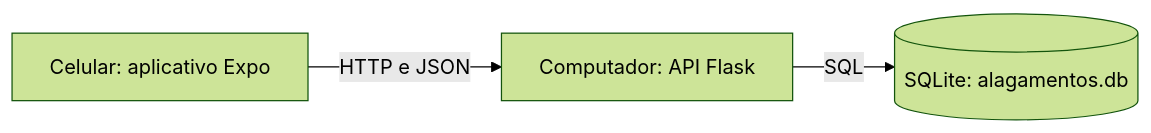
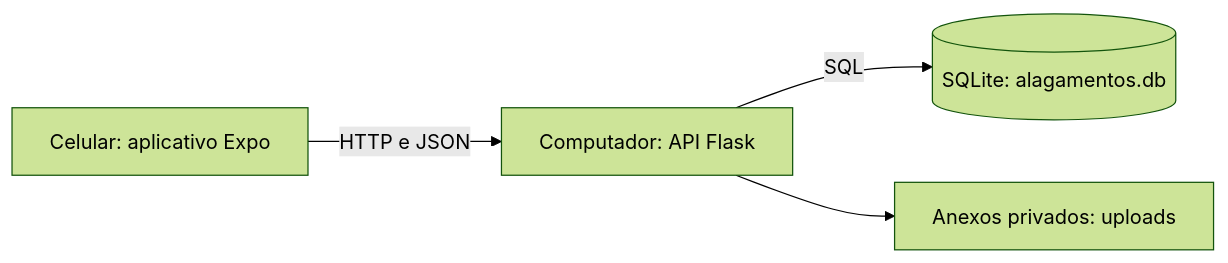
Before and after one commit to matheuslagares/APS_8: the diagram in README.md, drawn with Mermaid (forest theme). The commit also changed other lines of this file and 59 other files, not shown here.

Commit message:
Adiciona login, GPS, mapas e anexos privados aos relatos

````diff
--- a/README.md
+++ b/README.md
@@ -15,5 +17,6 @@
 ```mermaid
 flowchart LR
     A[Celular: aplicativo Expo] -->|HTTP e JSON| B[Computador: API Flask]
     B -->|SQL| C[(SQLite: alagamentos.db)]
+    B --> D[Anexos privados: uploads]
 ```
````
